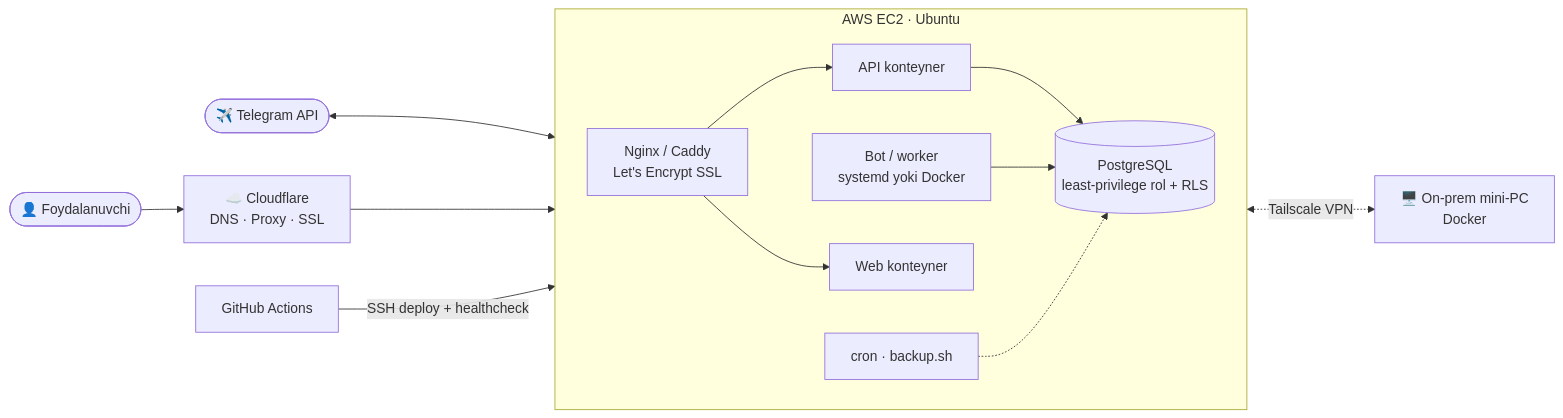
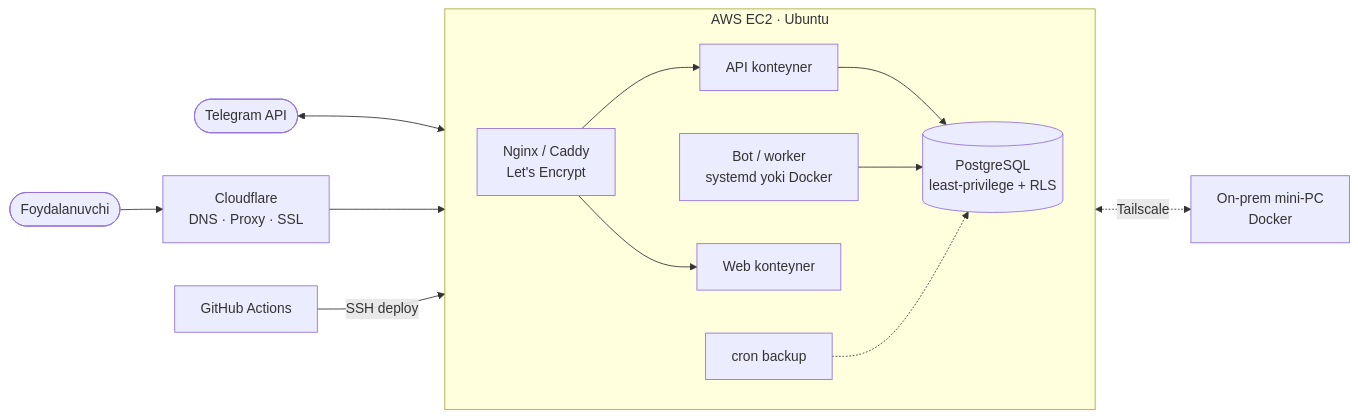
Before and after one commit to draconuzb/draconuzb: the second of 2 diagrams in README.md, drawn with Mermaid. The commit also changed other lines of this file and 2 other files, not shown here.

Commit message:
Redesign profile: DevOps section, live uptime monitoring via GitHub Actions

````diff
--- a/README.md
+++ b/README.md
@@ -124,17 +117,17 @@
 ```mermaid
 flowchart LR
-    U([👤 Foydalanuvchi]) --> CF[☁️ Cloudflare<br/>DNS · Proxy · SSL]
-    TG([✈️ Telegram API]) <--> BOT
+    U([Foydalanuvchi]) --> CF[Cloudflare<br/>DNS · Proxy · SSL]
+    TG([Telegram API]) <--> BOT
     subgraph AWS["AWS EC2 · Ubuntu"]
         direction LR
-        RP[Nginx / Caddy<br/>Let's Encrypt SSL] --> API[API konteyner]
+        RP[Nginx / Caddy<br/>Let's Encrypt] --> API[API konteyner]
         RP --> WEB[Web konteyner]
         BOT[Bot / worker<br/>systemd yoki Docker]
-        API --> DB[(PostgreSQL<br/>least-privilege rol + RLS)]
+        API --> DB[(PostgreSQL<br/>least-privilege + RLS)]
         BOT --> DB
-        CRON[cron · backup.sh] -.-> DB
+        CRON[cron backup] -.-> DB
     end
     CF --> RP
-    GH[GitHub Actions] -- SSH deploy + healthcheck --> AWS
-    AWS <-. Tailscale VPN .-> MINI[🖥️ On-prem mini-PC<br/>Docker]
+    GH[GitHub Actions] -- SSH deploy --> AWS
+    AWS <-. Tailscale .-> MINI[On-prem mini-PC<br/>Docker]
 ```
````
